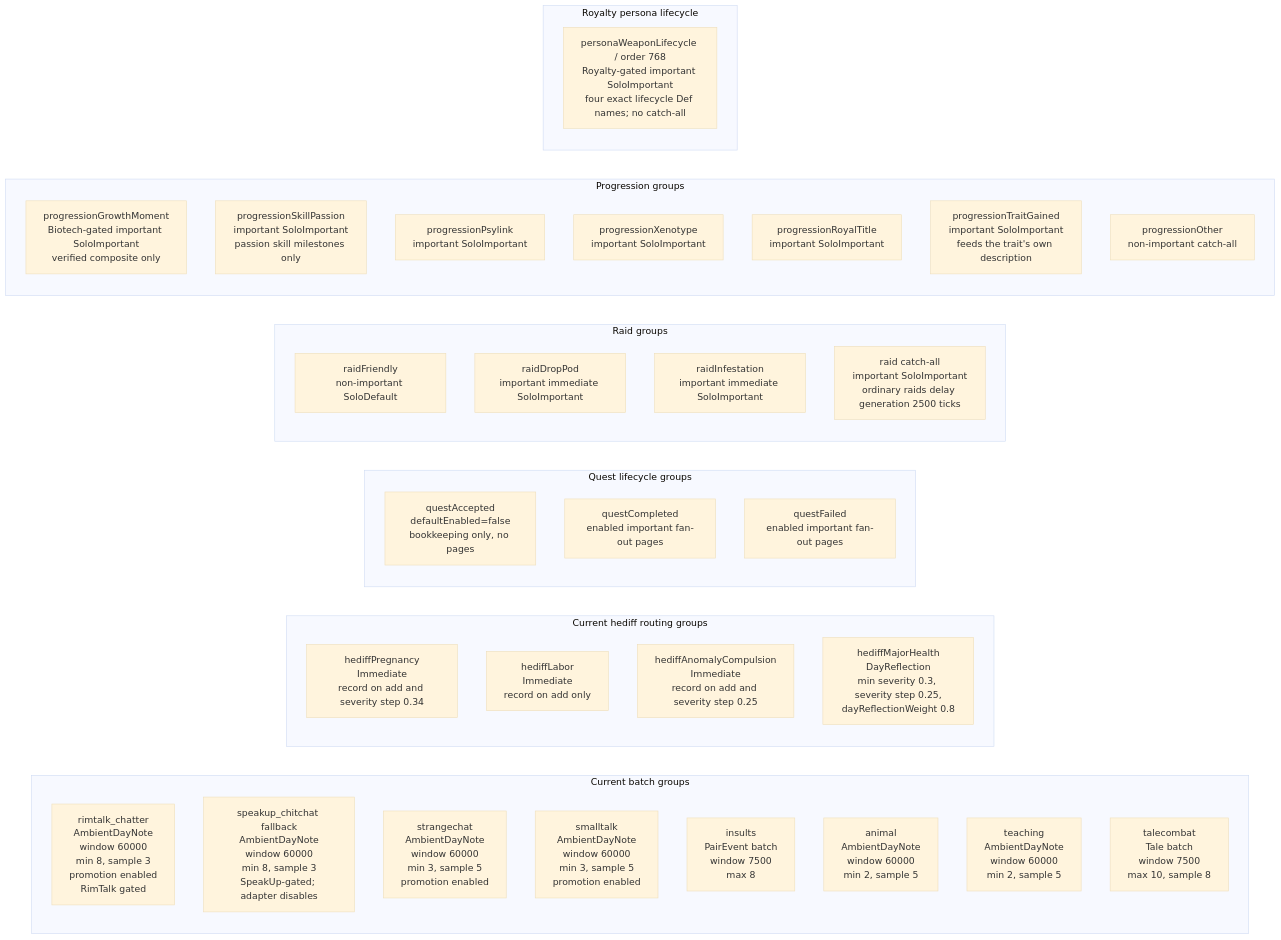
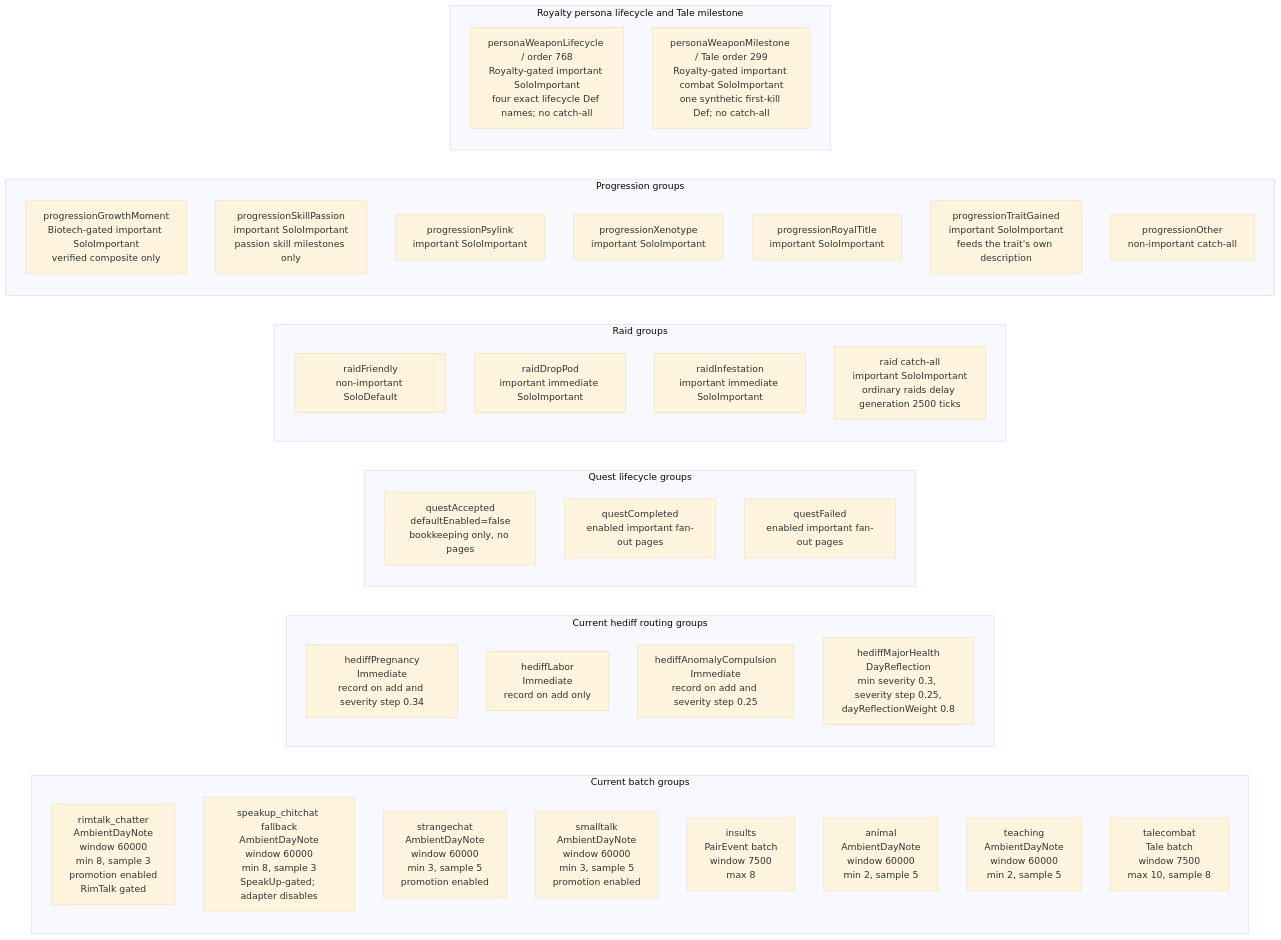
The fourth of 6 diagrams in EVENT_PROMPT_MAP.md (aimmlegate/PawnDiary), drawn with Mermaid (base theme) before and after one commit. The commit also changed other lines of this file and 42 other files, not shown here.

Commit message:
Implement Royalty Phase 3 persona milestones

````diff
--- a/EVENT_PROMPT_MAP.md
+++ b/EVENT_PROMPT_MAP.md
@@ -305,47 +307,48 @@
 ```mermaid
 flowchart LR
     subgraph Batches["Current batch groups"]
         BG0["rimtalk_chatter<br/>AmbientDayNote<br/>window 60000<br/>min 8, sample 3<br/>promotion enabled<br/>RimTalk gated"]
         BG1["speakup_chitchat fallback<br/>AmbientDayNote<br/>window 60000<br/>min 8, sample 3<br/>SpeakUp-gated; adapter disables"]
         BG2["strangechat<br/>AmbientDayNote<br/>window 60000<br/>min 3, sample 5<br/>promotion enabled"]
         BG3["smalltalk<br/>AmbientDayNote<br/>window 60000<br/>min 3, sample 5<br/>promotion enabled"]
         BG4["insults<br/>PairEvent batch<br/>window 7500<br/>max 8"]
         BG5["animal<br/>AmbientDayNote<br/>window 60000<br/>min 2, sample 5"]
         BG6["teaching<br/>AmbientDayNote<br/>window 60000<br/>min 2, sample 5"]
         BG7["talecombat<br/>Tale batch<br/>window 7500<br/>max 10, sample 8"]
     end
 
     subgraph HediffGroups["Current hediff routing groups"]
         HG1["hediffPregnancy<br/>Immediate<br/>record on add and severity step 0.34"]
         HG2["hediffLabor<br/>Immediate<br/>record on add only"]
         HG3["hediffAnomalyCompulsion<br/>Immediate<br/>record on add and severity step 0.25"]
         HG4["hediffMajorHealth<br/>DayReflection<br/>min severity 0.3, severity step 0.25,<br/>dayReflectionWeight 0.8"]
     end
 
     subgraph QuestGroups["Quest lifecycle groups"]
         Q1["questAccepted<br/>defaultEnabled=false<br/>bookkeeping only, no pages"]
         Q2["questCompleted<br/>enabled important fan-out pages"]
         Q3["questFailed<br/>enabled important fan-out pages"]
     end
 
     subgraph RaidGroups["Raid groups"]
         R1["raidFriendly<br/>non-important SoloDefault"]
         R2["raidDropPod<br/>important immediate SoloImportant"]
         R3["raidInfestation<br/>important immediate SoloImportant"]
         R4["raid catch-all<br/>important SoloImportant<br/>ordinary raids delay generation 2500 ticks"]
     end
 
     subgraph ProgressionGroups["Progression groups"]
         P0["progressionGrowthMoment<br/>Biotech-gated important SoloImportant<br/>verified composite only"]
         P1["progressionSkillPassion<br/>important SoloImportant<br/>passion skill milestones only"]
         P2["progressionPsylink<br/>important SoloImportant"]
         P3["progressionXenotype<br/>important SoloImportant"]
         P4["progressionRoyalTitle<br/>important SoloImportant"]
         P5["progressionTraitGained<br/>important SoloImportant<br/>feeds the trait's own description"]
         P6["progressionOther<br/>non-important catch-all"]
     end
 
-    subgraph PersonaGroups["Royalty persona lifecycle"]
+    subgraph PersonaGroups["Royalty persona lifecycle and Tale milestone"]
         RP1["personaWeaponLifecycle / order 768<br/>Royalty-gated important SoloImportant<br/>four exact lifecycle Def names; no catch-all"]
+        RP2["personaWeaponMilestone / Tale order 299<br/>Royalty-gated important combat SoloImportant<br/>one synthetic first-kill Def; no catch-all"]
     end
 ```
````
